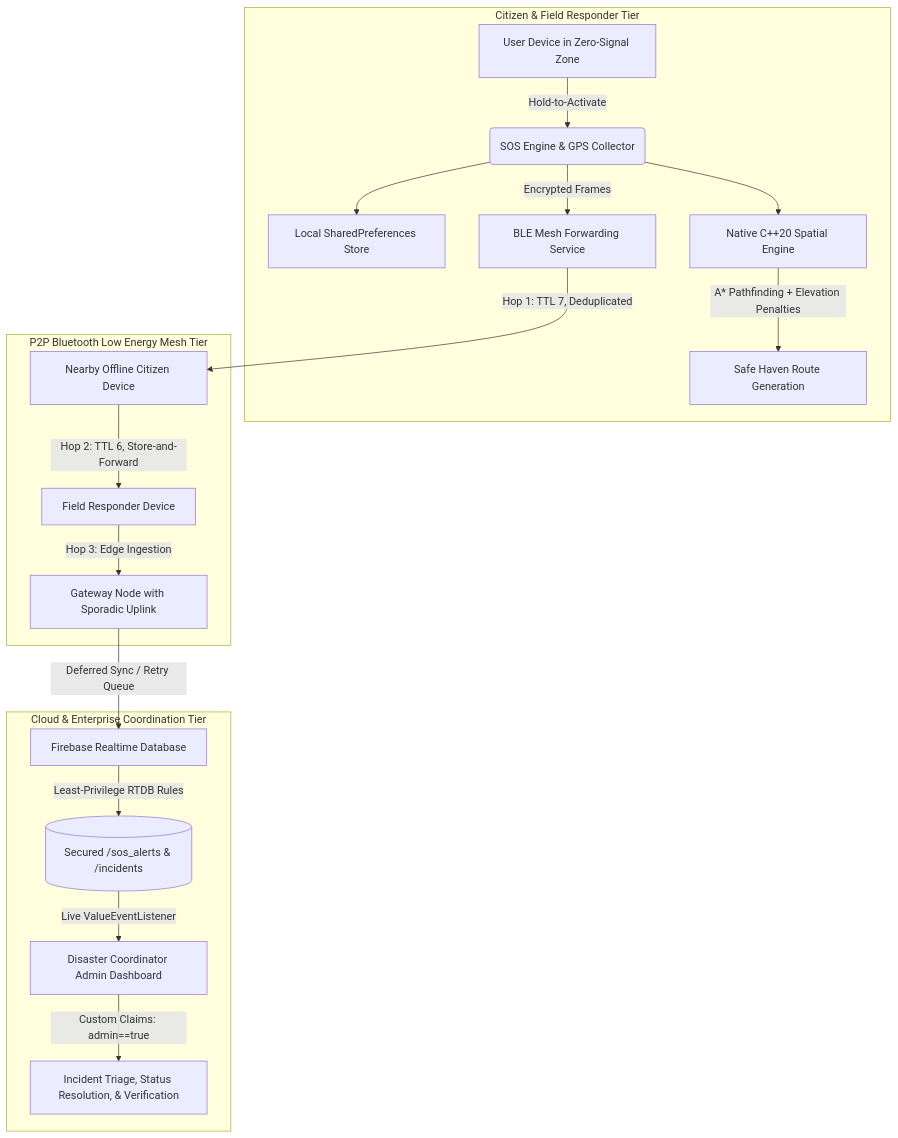
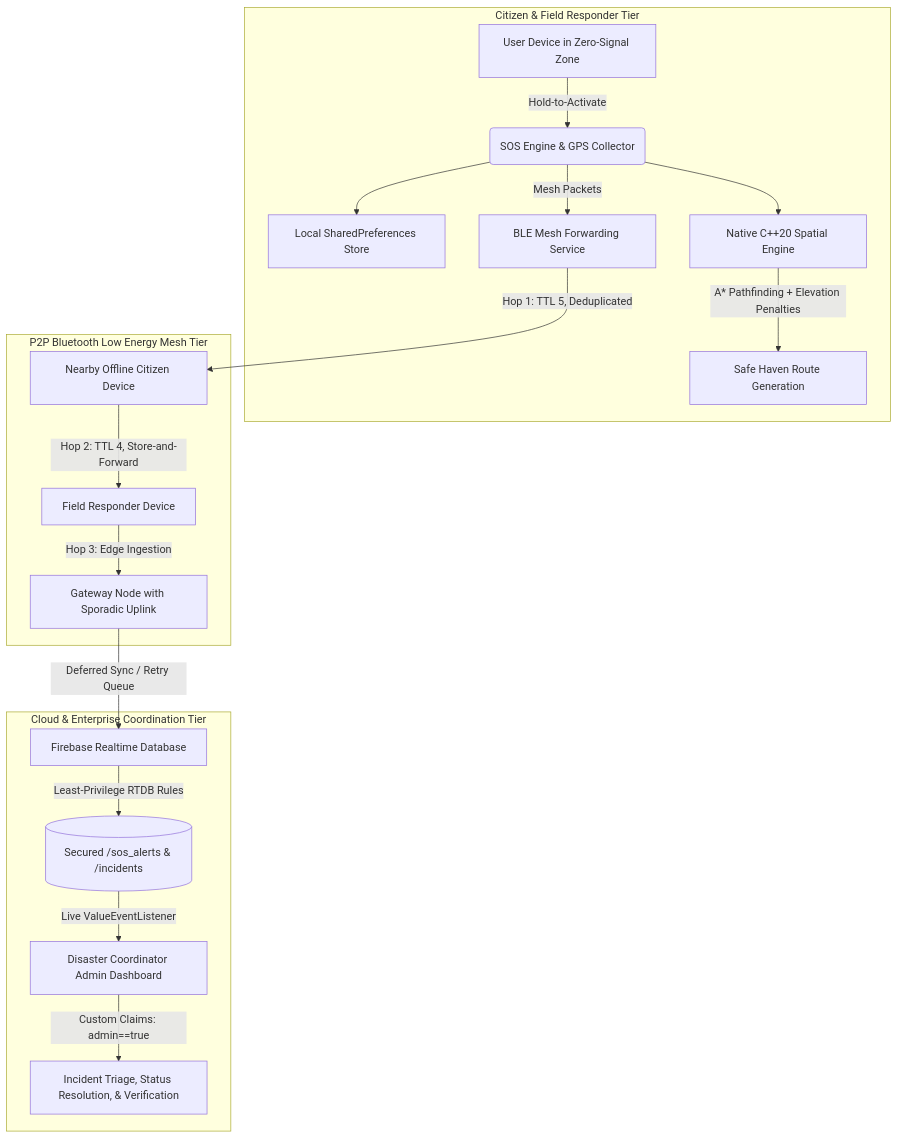
Before and after one commit to Sanidhyanegi07/GeoRescuX: the diagram in README.md, drawn with Mermaid. The commit also changed other lines of this file and 18 other files, not shown here.

Commit message:
feat: implement BLE mesh repository, admin UI dashboards, and offline event store

````diff
--- a/README.md
+++ b/README.md
@@ -35,23 +35,23 @@
 ```mermaid
 graph TD
     subgraph "Citizen & Field Responder Tier"
         A[User Device in Zero-Signal Zone] -->|Hold-to-Activate| B(SOS Engine & GPS Collector)
         B --> C[Local SharedPreferences Store]
         B --> D[Native C++20 Spatial Engine]
         D -->|A* Pathfinding + Elevation Penalties| E[Safe Haven Route Generation]
-        B -->|Encrypted Frames| F[BLE Mesh Forwarding Service]
+        B -->|Mesh Packets| F[BLE Mesh Forwarding Service]
     end
 
     subgraph "P2P Bluetooth Low Energy Mesh Tier"
-        F -->|Hop 1: TTL 7, Deduplicated| G[Nearby Offline Citizen Device]
-        G -->|Hop 2: TTL 6, Store-and-Forward| H[Field Responder Device]
+        F -->|Hop 1: TTL 5, Deduplicated| G[Nearby Offline Citizen Device]
+        G -->|Hop 2: TTL 4, Store-and-Forward| H[Field Responder Device]
         H -->|Hop 3: Edge Ingestion| I[Gateway Node with Sporadic Uplink]
     end
 
     subgraph "Cloud & Enterprise Coordination Tier"
         I -->|Deferred Sync / Retry Queue| J[Firebase Realtime Database]
         J -->|Least-Privilege RTDB Rules| K[(Secured /sos_alerts & /incidents)]
         K -->|Live ValueEventListener| L[Disaster Coordinator Admin Dashboard]
         L -->|Custom Claims: admin==true| M[Incident Triage, Status Resolution, & Verification]
     end
 ```
````
